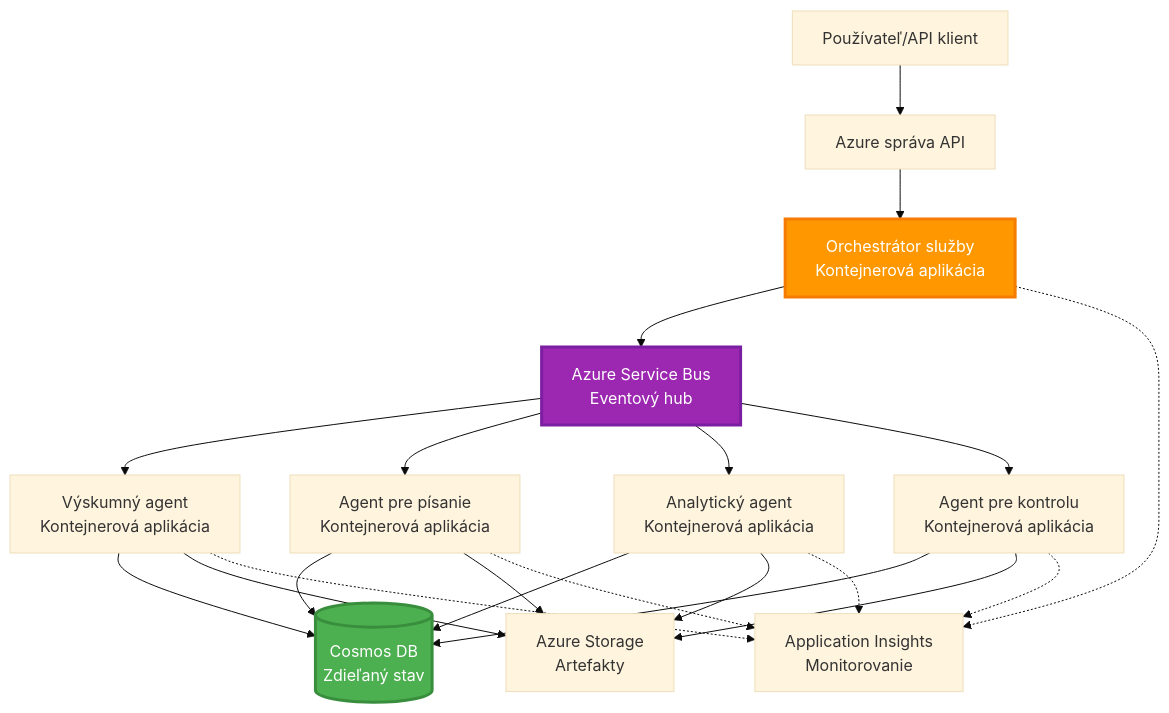
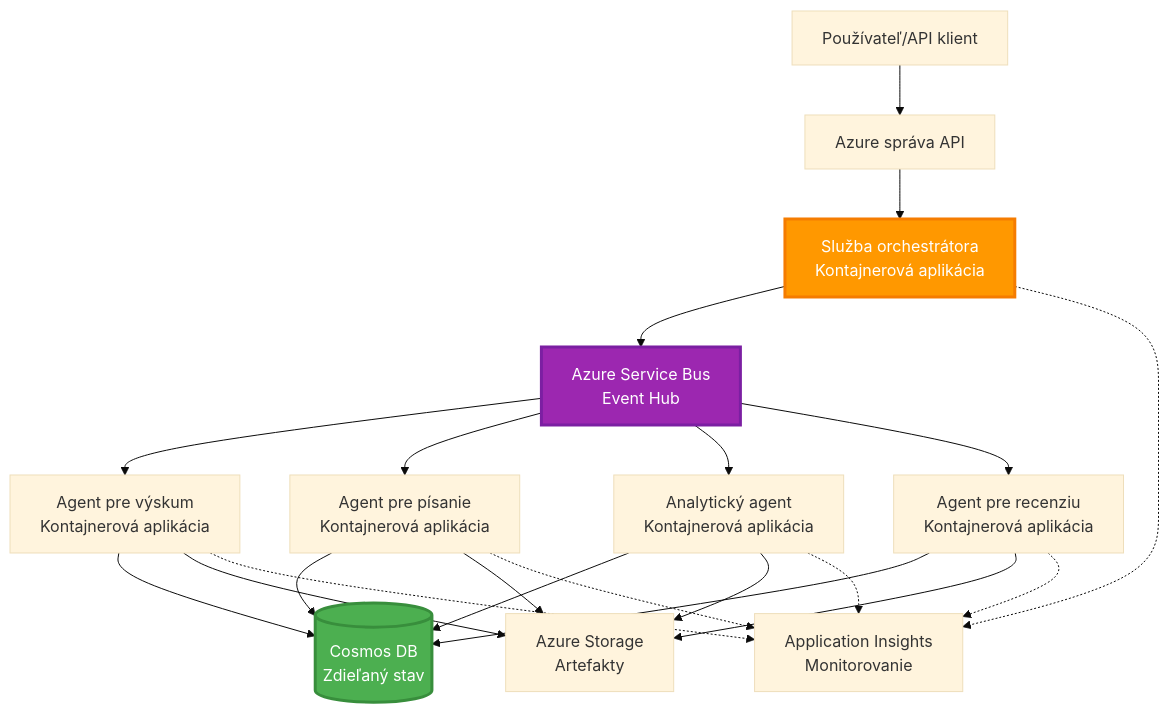
Before and after one commit to microsoft/AZD-for-beginners: the sixth of 6 diagrams in translations/sk/docs/chapter-06-pre-deployment/coordination-patterns.md, drawn with Mermaid (base theme). The commit also changed other lines of this file and 101 other files, not shown here.

````diff
--- a/translations/sk/docs/chapter-06-pre-deployment/coordination-patterns.md
+++ b/translations/sk/docs/chapter-06-pre-deployment/coordination-patterns.md
@@ -271,45 +265,45 @@
 ```mermaid
 graph TB
     User[Používateľ/API klient]
     APIM[Azure správa API]
-    Orchestrator[Orchestrátor služby<br/>Kontejnerová aplikácia]
-    ServiceBus[Azure Service Bus<br/>Eventový hub]
+    Orchestrator[Služba orchestrátora<br/>Kontajnerová aplikácia]
+    ServiceBus[Azure Service Bus<br/>Event Hub]
     
-    Agent1[Výskumný agent<br/>Kontejnerová aplikácia]
-    Agent2[Agent pre písanie<br/>Kontejnerová aplikácia]
-    Agent3[Analytický agent<br/>Kontejnerová aplikácia]
-    Agent4[Agent pre kontrolu<br/>Kontejnerová aplikácia]
+    Agent1[Agent pre výskum<br/>Kontajnerová aplikácia]
+    Agent2[Agent pre písanie<br/>Kontajnerová aplikácia]
+    Agent3[Analytický agent<br/>Kontajnerová aplikácia]
+    Agent4[Agent pre recenziu<br/>Kontajnerová aplikácia]
     
     CosmosDB[(Cosmos DB<br/>Zdieľaný stav)]
     Storage[Azure Storage<br/>Artefakty]
     AppInsights[Application Insights<br/>Monitorovanie]
     
     User --> APIM
     APIM --> Orchestrator
     
     Orchestrator --> ServiceBus
     ServiceBus --> Agent1
     ServiceBus --> Agent2
     ServiceBus --> Agent3
     ServiceBus --> Agent4
     
     Agent1 --> CosmosDB
     Agent2 --> CosmosDB
     Agent3 --> CosmosDB
     Agent4 --> CosmosDB
     
     Agent1 --> Storage
     Agent2 --> Storage
     Agent3 --> Storage
     Agent4 --> Storage
     
     Orchestrator -.-> AppInsights
     Agent1 -.-> AppInsights
     Agent2 -.-> AppInsights
     Agent3 -.-> AppInsights
     Agent4 -.-> AppInsights
     
     style Orchestrator fill:#FF9800,stroke:#F57C00,stroke-width:3px,color:#fff
     style ServiceBus fill:#9C27B0,stroke:#7B1FA2,stroke-width:3px,color:#fff
     style CosmosDB fill:#4CAF50,stroke:#388E3C,stroke-width:3px,color:#fff
 ```
````
